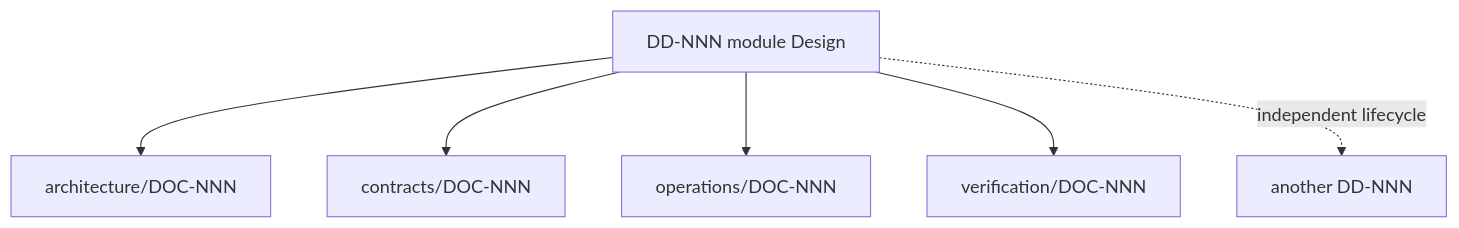
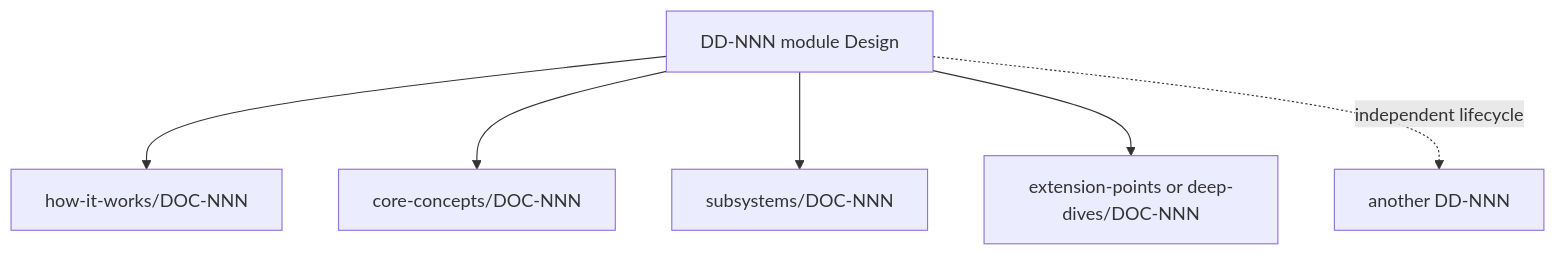
The third of 4 diagrams in examples/README.md (XiaoWeiKIN/RepoFoundryAI), drawn with Mermaid before and after one commit. The commit also changed other lines of this file and 33 other files, not shown here.

Commit message:
feat: add technical architecture documentation workflow (#50)

````diff
--- a/examples/README.md
+++ b/examples/README.md
@@ -151,8 +152,8 @@
 ```mermaid
 flowchart TB
-    D["DD-NNN module Design"] --> A["architecture/DOC-NNN"]
-    D --> I["contracts/DOC-NNN"]
-    D --> O["operations/DOC-NNN"]
-    D --> V["verification/DOC-NNN"]
-    D -.->|"independent lifecycle"| X["another DD-NNN"]
+    D["DD-NNN module Design"] --> H["how-it-works/DOC-NNN"]
+    D --> C["core-concepts/DOC-NNN"]
+    D --> S["subsystems/DOC-NNN"]
+    D --> X["extension-points or deep-dives/DOC-NNN"]
+    D -.->|"independent lifecycle"| N["another DD-NNN"]
 ```
````
